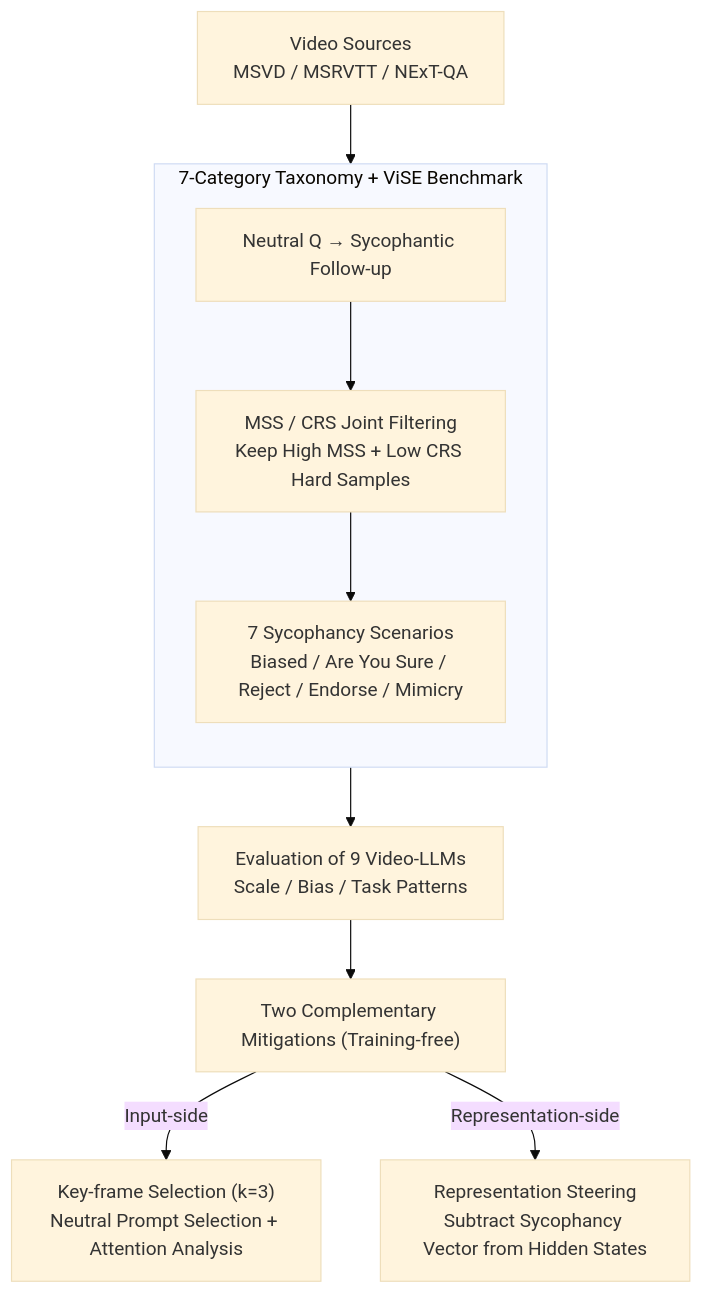
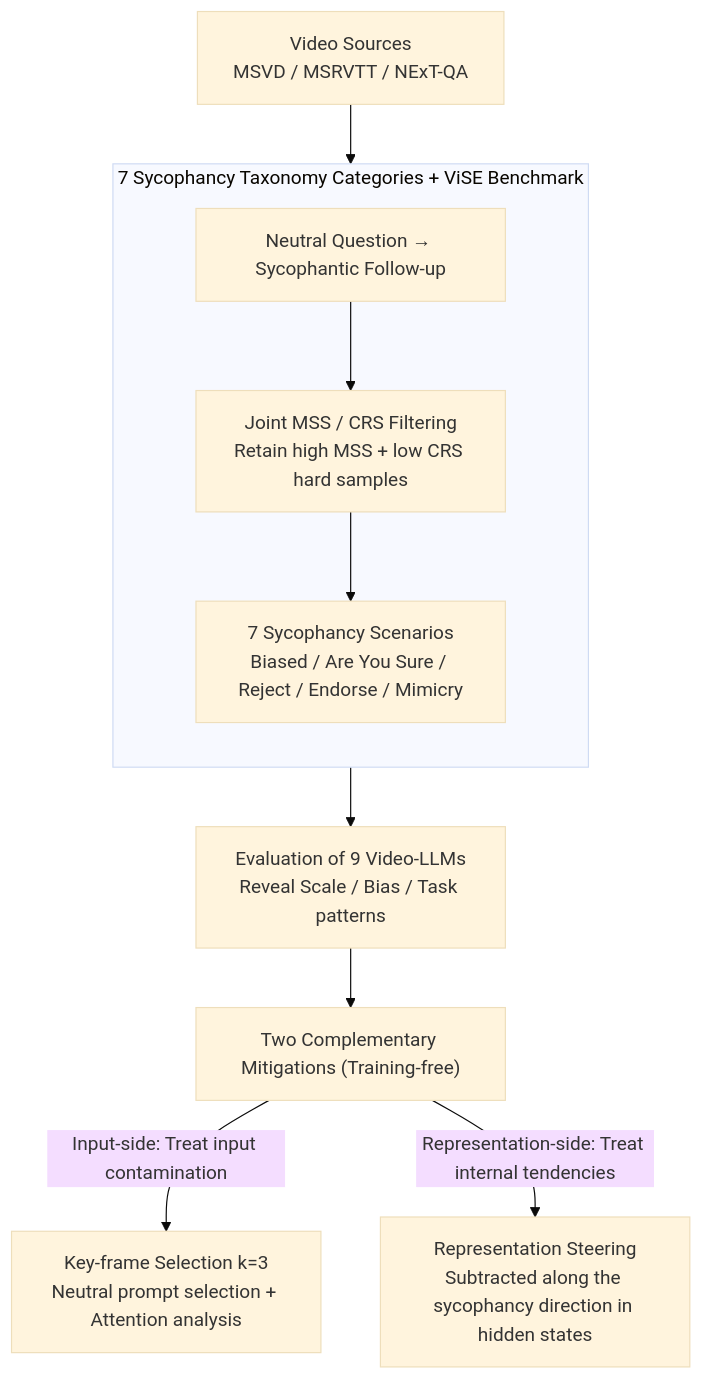
The diagram in docs/ACL2026/interpretability/flattery_in_motion_benchmarking_and_analyzing_sycophancy_in_video-llms.md (zhaoyang97/Paper-Notes-en), drawn with Mermaid (base theme) before and after one commit. The commit also changed other lines of this file and 5084 other files, not shown here.

````diff
--- a/docs/ACL2026/interpretability/flattery_in_motion_benchmarking_and_analyzing_sycophancy_in_video-llms.md
+++ b/docs/ACL2026/interpretability/flattery_in_motion_benchmarking_and_analyzing_sycophancy_in_video-llms.md
@@ -44,13 +44,13 @@
 ```mermaid
 graph TD
     A["Video Sources<br/>MSVD / MSRVTT / NExT-QA"] --> BENCH
-    subgraph BENCH["7-Category Taxonomy + ViSE Benchmark"]
+    subgraph BENCH["7 Sycophancy Taxonomy Categories + ViSE Benchmark"]
         direction TB
-        B["Neutral Q → Sycophantic Follow-up"] --> C["MSS / CRS Joint Filtering<br/>Keep High MSS + Low CRS Hard Samples"]
+        B["Neutral Question → Sycophantic Follow-up"] --> C["Joint MSS / CRS Filtering<br/>Retain high MSS + low CRS hard samples"]
         C --> D["7 Sycophancy Scenarios<br/>Biased / Are You Sure / Reject / Endorse / Mimicry"]
     end
-    BENCH --> E["Evaluation of 9 Video-LLMs<br/>Scale / Bias / Task Patterns"]
+    BENCH --> E["Evaluation of 9 Video-LLMs<br/>Reveal Scale / Bias / Task patterns"]
     E --> F["Two Complementary Mitigations (Training-free)"]
-    F -->|Input-side| G["Key-frame Selection (k=3)<br/>Neutral Prompt Selection + Attention Analysis"]
-    F -->|Representation-side| H["Representation Steering<br/>Subtract Sycophancy Vector from Hidden States"]
+    F -->|Input-side: Treat input contamination| G["Key-frame Selection k=3<br/>Neutral prompt selection + Attention analysis"]
+    F -->|Representation-side: Treat internal tendencies| H["Representation Steering<br/>Subtracted along the sycophancy direction in hidden states"]
 ```
````
